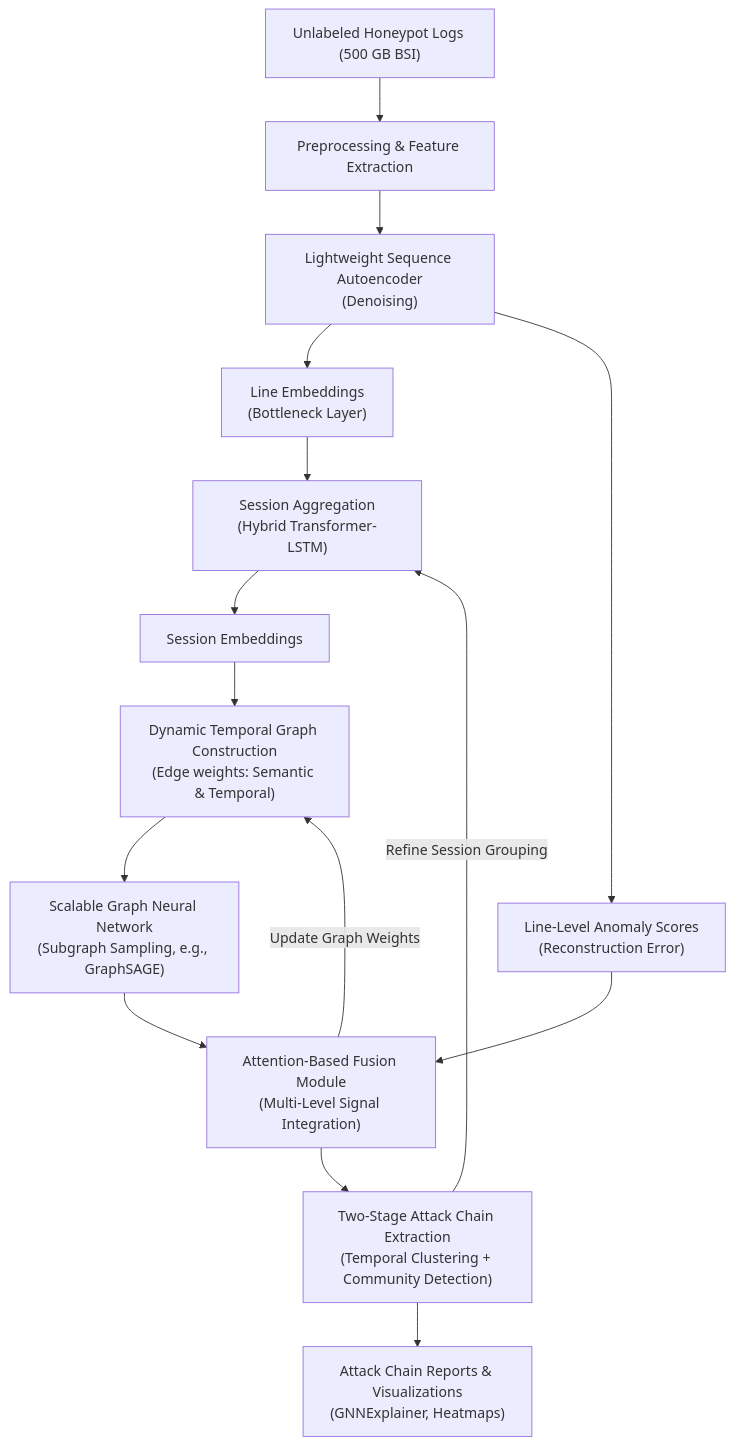
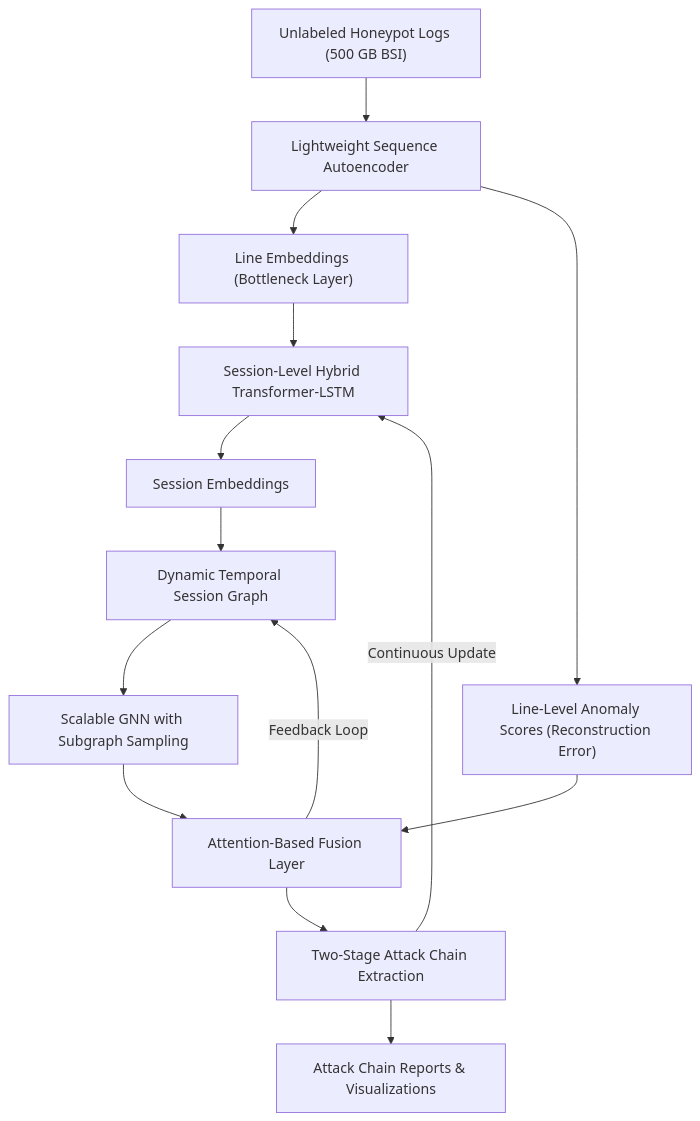
One commit to JohannesLks/Thesis changed the diagram in docs/documentation/concept1.md. Above: the diagram before and after it, drawn with Mermaid. The commit also changed other lines of this file and 1 other file, not shown here.

````diff
--- a/docs/documentation/concept1.md
+++ b/docs/documentation/concept1.md
@@ -67,32 +67,22 @@
 ```mermaid
 graph TD
-    A["Unlabeled Honeypot Logs (500 GB BSI)"]
-    B["Preprocessing & Feature Extraction"]
-    C["Lightweight Sequence Autoencoder\n(Denoising)"]
-    D["Line Embeddings\n(Bottleneck Layer)"]
-    E["Line-Level Anomaly Scores\n(Reconstruction Error)"]
-    F["Session Aggregation\n(Hybrid Transformer-LSTM)"]
-    G["Session Embeddings"]
-    H["Dynamic Temporal Graph Construction\n(Edge weights: Semantic & Temporal)"]
-    I["Scalable Graph Neural Network\n(Subgraph Sampling, e.g., GraphSAGE)"]
-    J["Attention-Based Fusion Module\n(Multi-Level Signal Integration)"]
-    K["Two-Stage Attack Chain Extraction\n(Temporal Clustering + Community Detection)"]
-    L["Attack Chain Reports & Visualizations\n(GNNExplainer, Heatmaps)"]
-    
-    A --> B
-    B --> C
-    C --> D
-    C --> E
-    D --> F
-    F --> G
-    G --> H
-    H --> I
-    I --> J
-    E --> J
-    J --> K
-    K --> L
-    
-    %% Feedback loops for continuous adaptation:
-    J -- "Update Graph Weights" --> H
-    K -- "Refine Session Grouping" --> F
+  Input["Unlabeled Honeypot Logs (500 GB BSI)"]
+  Input --> Autoencoder["Lightweight Sequence Autoencoder"]
+  
+  Autoencoder --> LineEmbeddings["Line Embeddings (Bottleneck Layer)"]
+  Autoencoder --> LineAnomaly["Line-Level Anomaly Scores (Reconstruction Error)"]
+  
+  LineEmbeddings --> SessionModel["Session-Level Hybrid Transformer-LSTM"]
+  
+  SessionModel --> SessionEmbeddings["Session Embeddings"]
+  SessionEmbeddings --> TemporalGraph["Dynamic Temporal Session Graph"]
+  TemporalGraph --> GNN["Scalable GNN with Subgraph Sampling"]
+  
+  GNN --> Fusion["Attention-Based Fusion Layer"]
+  LineAnomaly --> Fusion
+  
+  Fusion --> AttackChains["Two-Stage Attack Chain Extraction"]
+  AttackChains --> Output["Attack Chain Reports & Visualizations"]
+  Fusion -->|Feedback Loop| TemporalGraph
+  AttackChains -->|Continuous Update| SessionModel
 ```
````
